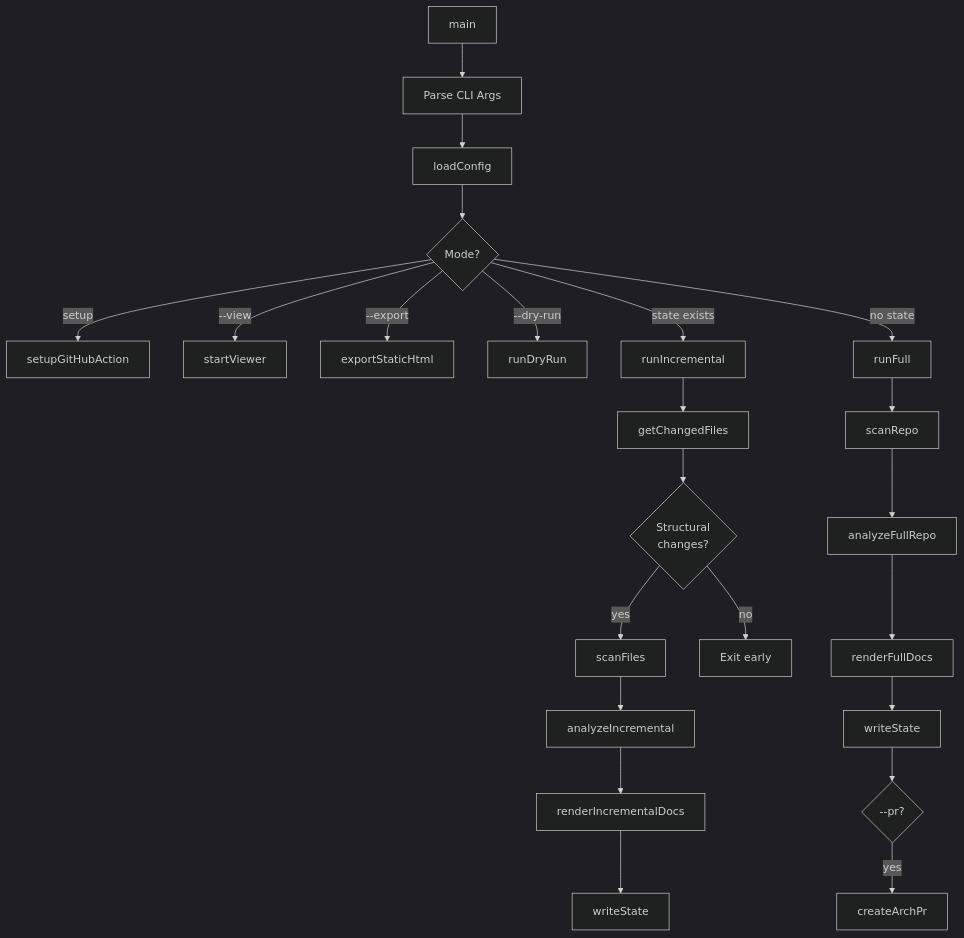
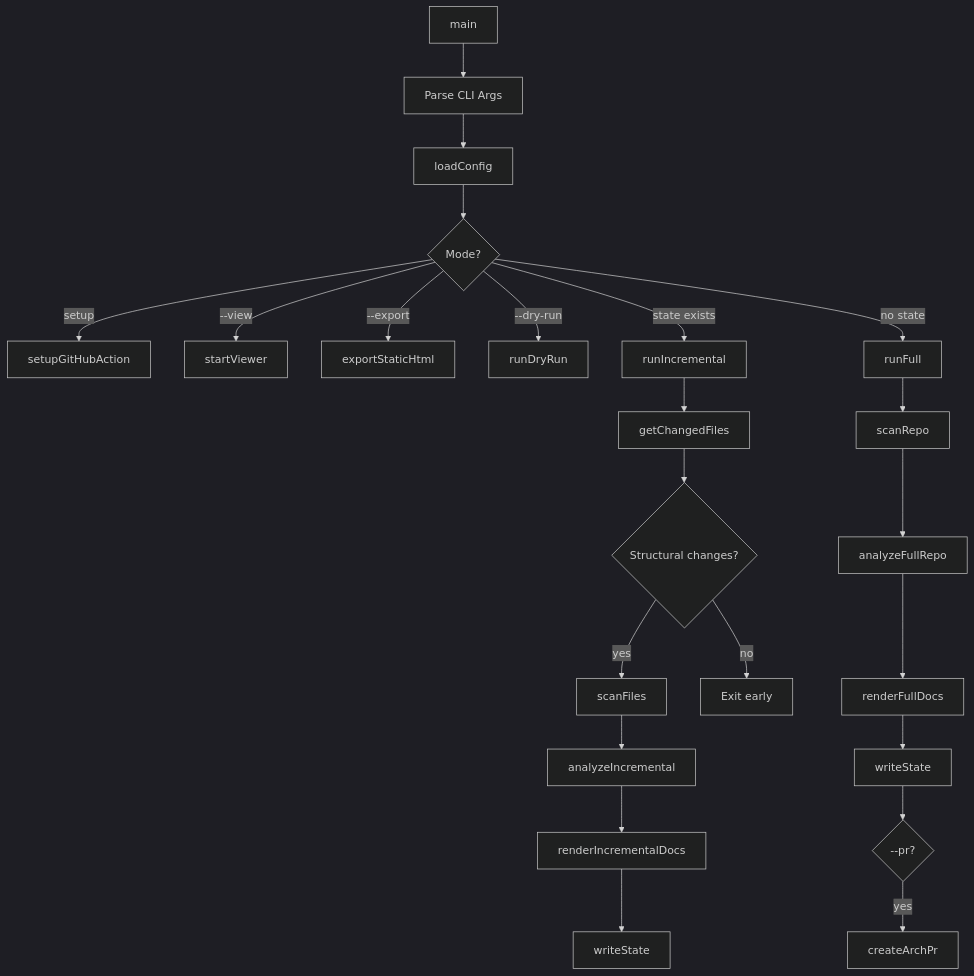
One commit to sergical/repo-architect changed the diagram in docs/architecture/modules/cli-entry-point.md. Above: the diagram before and after it, drawn with Mermaid (dark theme). The commit also changed other lines of this file and 12 other files, not shown here.

Commit message:
Regenerate architecture docs

````diff
--- a/docs/architecture/modules/cli-entry-point.md
+++ b/docs/architecture/modules/cli-entry-point.md
@@ -18,25 +18,25 @@
 ```mermaid
 flowchart TD
     Entry[main] --> ParseArgs[Parse CLI Args]
     ParseArgs --> LoadConfig[loadConfig]
     LoadConfig --> Mode{Mode?}
     Mode -->|setup| Setup[setupGitHubAction]
     Mode -->|--view| Viewer[startViewer]
     Mode -->|--export| Export[exportStaticHtml]
     Mode -->|--dry-run| DryRun[runDryRun]
     Mode -->|state exists| Incremental[runIncremental]
     Mode -->|no state| Full[runFull]
     Full --> S1[scanRepo]
     S1 --> S2[analyzeFullRepo]
     S2 --> S3[renderFullDocs]
     S3 --> S4[writeState]
     S4 --> S5{--pr?}
     S5 -->|yes| PR[createArchPr]
     Incremental --> I1[getChangedFiles]
-    I1 --> I2{Structural<br/>changes?}
+    I1 --> I2{Structural changes?}
     I2 -->|no| Skip[Exit early]
     I2 -->|yes| I3[scanFiles]
     I3 --> I4[analyzeIncremental]
     I4 --> I5[renderIncrementalDocs]
     I5 --> I6[writeState]
 ```
````
